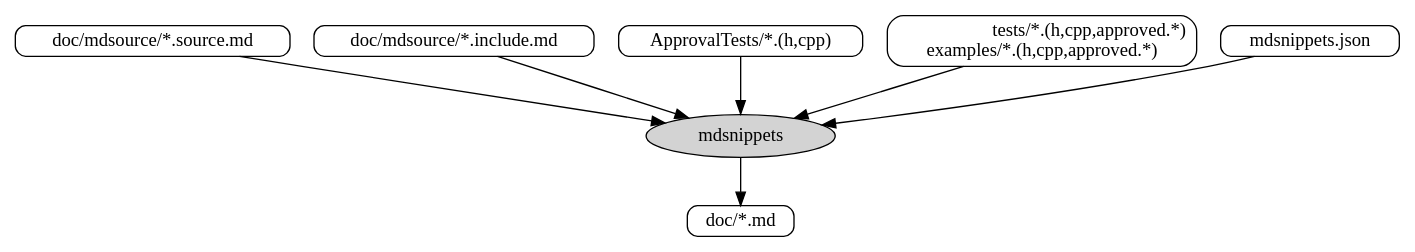
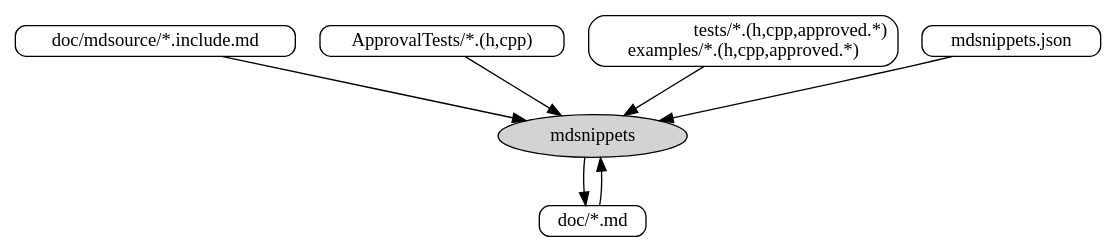
One commit to doytsujin/ApprovalTests.cpp changed the diagram in doc/images/source/mdsnippets_flow.dot. Above: the diagram before and after it, drawn with Graphviz. The commit also changed 1 other file, not shown here.

Commit message:
d   Remove references to *.source.md from mdsnippets_flow.dot

```diff
--- a/doc/images/source/mdsnippets_flow.dot
+++ b/doc/images/source/mdsnippets_flow.dot
@@ -1,25 +1,24 @@
 digraph mdsnippets_flow {
     rankdir = "TB"
     node [fontsize = 14, shape = box, style="rounded", height = 0.25]
     edge [fontsize = 14]
 
     "mdsnippets" [shape = oval, fillcolor = lightgray, style = filled]
 
-    "docs_mdsource_md" [label = "doc/mdsource/*.source.md"]
-    "docs_mdsource_md" -> "mdsnippets"
+    "docs_md" [label = "doc/*.md"]
+    "docs_md" -> "mdsnippets"
 
     "docs_include_md" [label = "doc/mdsource/*.include.md"]
     "docs_include_md" -> "mdsnippets"
 
     "ApprovalTests" [label = "ApprovalTests/*.(h,cpp)"]
     "ApprovalTests" -> "mdsnippets"
 
     "tests_source" [label = "tests/*.(h,cpp,approved.*)\rexamples/*.(h,cpp,approved.*)"]
     "tests_source" -> "mdsnippets"
 
     "mdsnippets_json" [label = "mdsnippets.json"]
     "mdsnippets_json" -> "mdsnippets"
 
-    "docs_md" [label = "doc/*.md"]
     "mdsnippets" -> "docs_md"
 }
```
